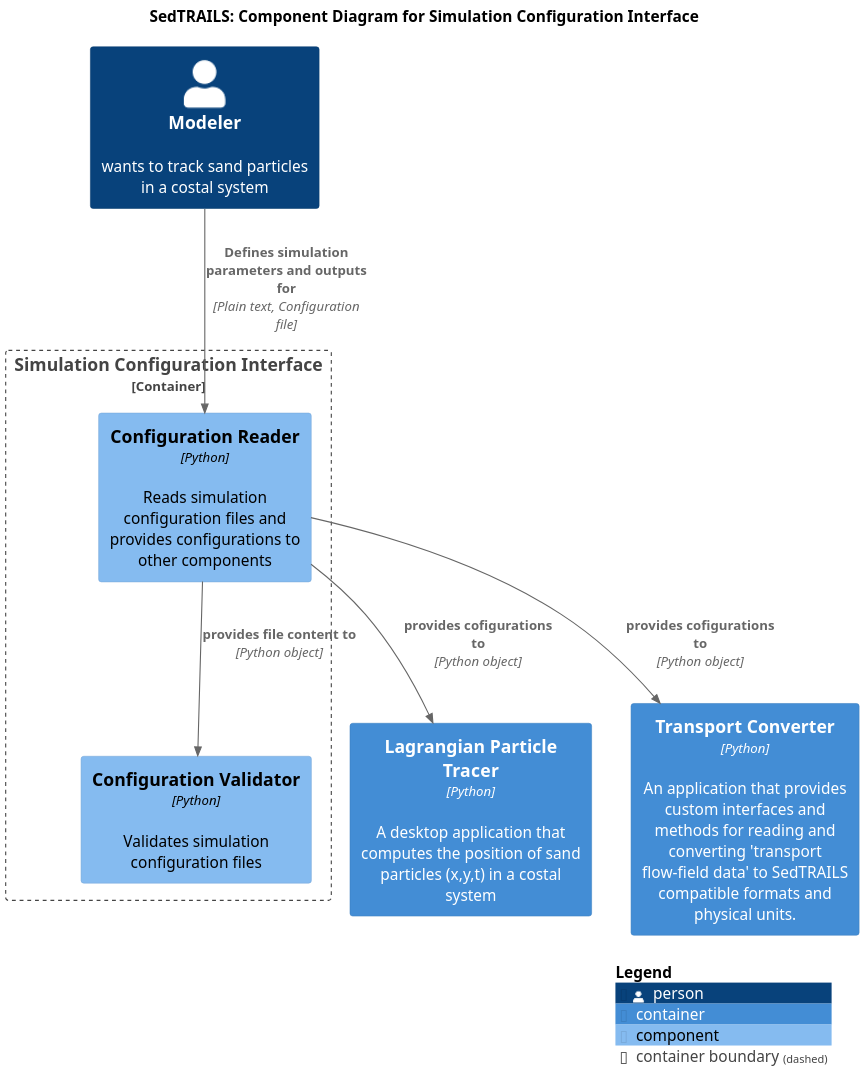
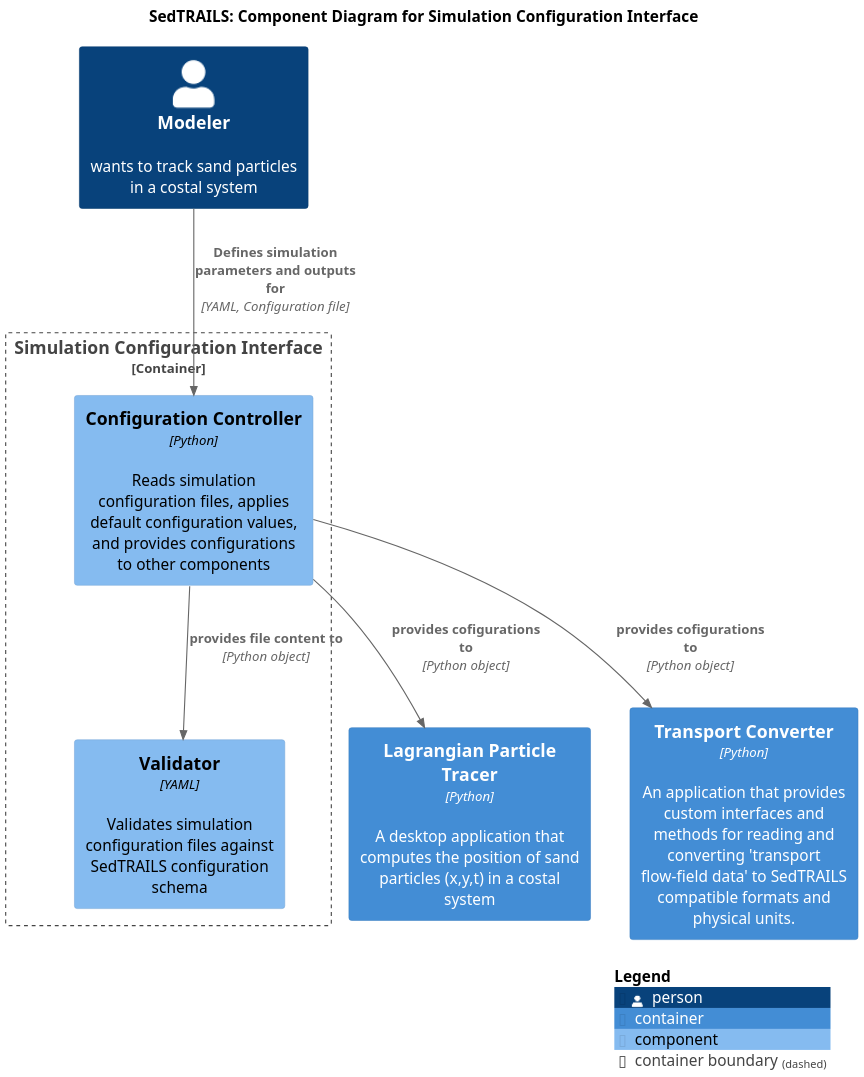
One commit to sgpearson17/sedtrails-sgp changed the diagram in diagrams/componets-config-app.puml. Above: the diagram before and after it, drawn with PlantUML.

Commit message:
update configuraton interface with notes 5th feb

```diff
--- a/diagrams/componets-config-app.puml
+++ b/diagrams/componets-config-app.puml
@@ -1,24 +1,24 @@
 @startuml SedtrailComponentsConfigurationInterface
 !include ./c4/C4_Component.puml
 
 ' LAYOUT_LANDSCAPE()
 
 title SedTRAILS: Component Diagram for Simulation Configuration Interface
 scale 2
 
 Person(modeler, "Modeler", "wants to track sand particles in a costal system")
 Container(particleTracer, "Lagrangian Particle Tracer", "Python", "A desktop application that computes the position of sand particles (x,y,t) in a costal system")
 Container(transportConverter, "Transport Converter", "Python", "An application that provides custom interfaces and methods for reading and converting 'transport flow-field data' to SedTRAILS compatible formats and physical units.")
 
 Container_Boundary(configInterface, "Simulation Configuration Interface", "Python", "An application that reads and interprets simulation configuration files"){
-    Component(configReader, "Configuration Reader", "Python", "Reads simulation configuration files and provides configurations to other components")
-    Component(configValidator, "Configuration Validator", "Python", "Validates simulation configuration files")
-    Rel(configReader, configValidator, "provides file content to", "Python object")
+    Component(configController, "Configuration Controller", "Python", "Reads simulation configuration files, applies default configuration values, and provides configurations to other components")
+    Component(configValidator, "Validator", "YAML", "Validates simulation configuration files against SedTRAILS configuration schema")
+    Rel(configController, configValidator, "provides file content to", "Python object")
 }
 
-Rel(modeler, configReader, "Defines simulation parameters and outputs for", "Plain text, Configuration file")
-Rel(configReader, particleTracer, "provides cofigurations to", "Python object")
-Rel(configReader, transportConverter, "provides cofigurations to", "Python object")
+Rel(modeler, configController, "Defines simulation parameters and outputs for", "YAML, Configuration file")
+Rel(configController, particleTracer, "provides cofigurations to", "Python object")
+Rel(configController, transportConverter, "provides cofigurations to", "Python object")
 
 SHOW_LEGEND()
 @enduml
```
